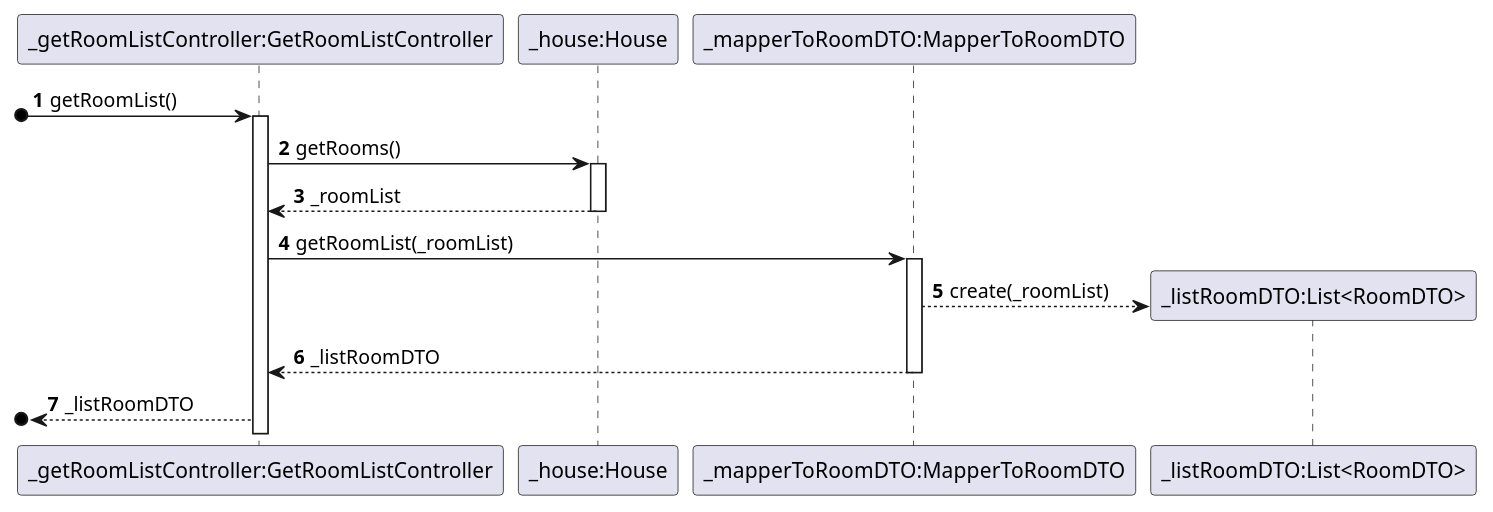
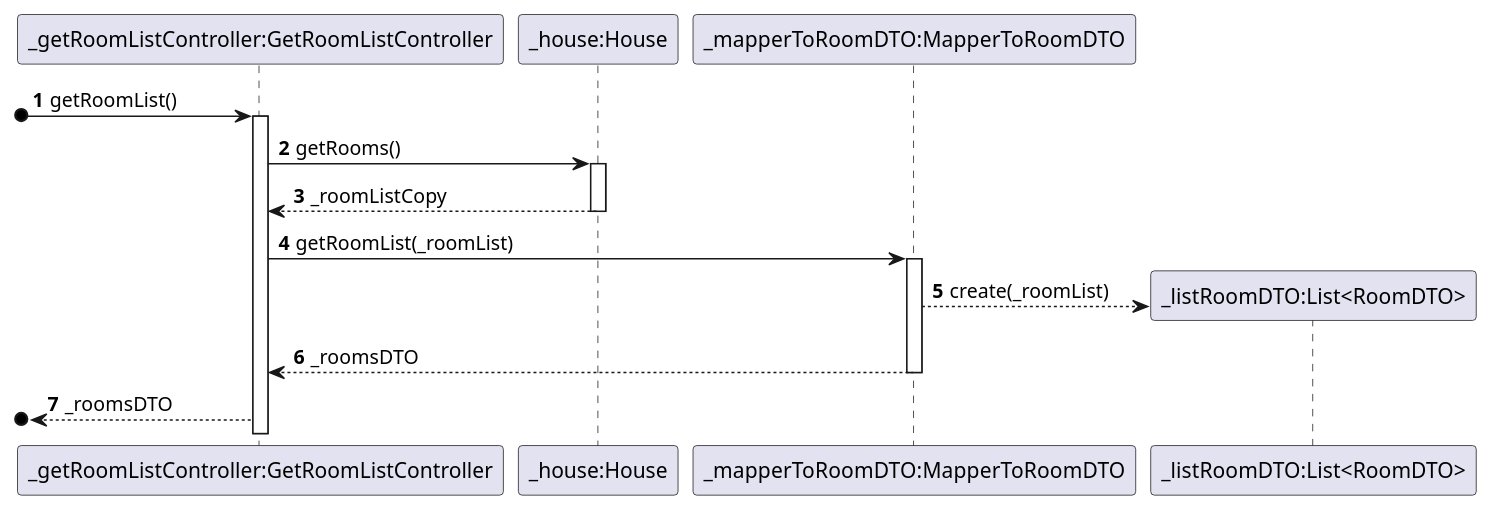
One commit to ozepedrorodrigues/projetoIntermedio changed the diagram in projetoIntermedio/docs/sequence/UseCase03.puml. Above: the diagram before and after it, drawn with PlantUML.

Commit message:
diagrama de sequencia US3

```diff
--- a/projetoIntermedio/docs/sequence/UseCase03.puml
+++ b/projetoIntermedio/docs/sequence/UseCase03.puml
@@ -1,25 +1,25 @@
 @startuml
 'https://plantuml.com/sequence-diagram
 
 autonumber
 
 participant "_getRoomListController:GetRoomListController" as C
 participant "_house:House" as H
 participant "_mapperToRoomDTO:MapperToRoomDTO" as M
 participant "_listRoomDTO:List<RoomDTO>" as LRDTO
 
 [o-> C: getRoomList()
 activate C
 C -> H: getRooms()
 activate H
-H-->C: _roomList
+H-->C: _roomListCopy
 deactivate H
 C -> M: getRoomList(_roomList)
 activate M
 M-->LRDTO**:create(_roomList)
-M-->C: _listRoomDTO
+M-->C: _roomsDTO
 deactivate M
-[o<--C: _listRoomDTO
+[o<--C: _roomsDTO
 
 
 @enduml
```
